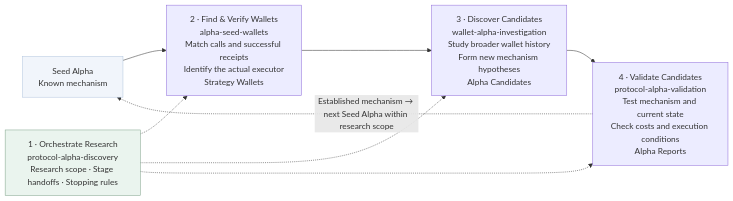
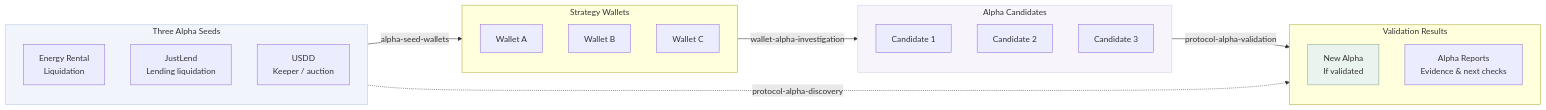
Before and after one commit to qinyh10300/protocol-alpha-finder: the diagram in docs/diagrams/system-architecture-en.mmd, drawn with Mermaid. The commit also changed 6 other files, not shown here.

Commit message:
docs: show three alpha seeds and Skill-labeled discovery arrows

```diff
--- a/docs/diagrams/system-architecture-en.mmd
+++ b/docs/diagrams/system-architecture-en.mmd
@@ -1,14 +1,28 @@
-%% Four-Skill method. render_architecture.py generates the fixed-layout README illustration.
+%% Entity nodes; research Skills label the transitions.
 flowchart LR
-    SEED["Seed Alpha<br/>Known mechanism"]
-    ORCH["1 · Orchestrate Research<br/>protocol-alpha-discovery<br/>Research scope · Stage handoffs · Stopping rules"]
-    FIND["2 · Find & Verify Wallets<br/>alpha-seed-wallets<br/>Match calls and successful receipts<br/>Identify the actual executor<br/>Strategy Wallets"]
-    INVESTIGATE["3 · Discover Candidates<br/>wallet-alpha-investigation<br/>Study broader wallet history<br/>Form new mechanism hypotheses<br/>Alpha Candidates"]
-    VALIDATE["4 · Validate Candidates<br/>protocol-alpha-validation<br/>Test mechanism and current state<br/>Check costs and execution conditions<br/>Alpha Reports"]
-    SEED --> FIND --> INVESTIGATE --> VALIDATE
-    ORCH -.-> FIND
-    ORCH -.-> INVESTIGATE
-    ORCH -.-> VALIDATE
-    VALIDATE -.->|Established mechanism → next Seed Alpha within research scope| SEED
-    style ORCH fill:#eaf4ee,stroke:#83a68e
-    style SEED fill:#f1f5fb,stroke:#b2c5df
+    subgraph SEEDS["Three Alpha Seeds"]
+        E["Energy Rental<br/>Liquidation"]
+        J["JustLend<br/>Lending liquidation"]
+        U["USDD<br/>Keeper / auction"]
+    end
+    subgraph WALLETS["Strategy Wallets"]
+        W1["Wallet A"]
+        W2["Wallet B"]
+        W3["Wallet C"]
+    end
+    subgraph CANDIDATES["Alpha Candidates"]
+        C1["Candidate 1"]
+        C2["Candidate 2"]
+        C3["Candidate 3"]
+    end
+    subgraph RESULTS["Validation Results"]
+        ALPHA["New Alpha<br/>If validated"]
+        REPORTS["Alpha Reports<br/>Evidence & next checks"]
+    end
+    SEEDS -->|alpha-seed-wallets| WALLETS
+    WALLETS -->|wallet-alpha-investigation| CANDIDATES
+    CANDIDATES -->|protocol-alpha-validation| RESULTS
+    SEEDS -.->|protocol-alpha-discovery| RESULTS
+    style SEEDS fill:#f1f5fb,stroke:#b2c5df
+    style CANDIDATES fill:#f7f4fc,stroke:#d6c9e9
+    style ALPHA fill:#eaf4ee,stroke:#83a68e
```
